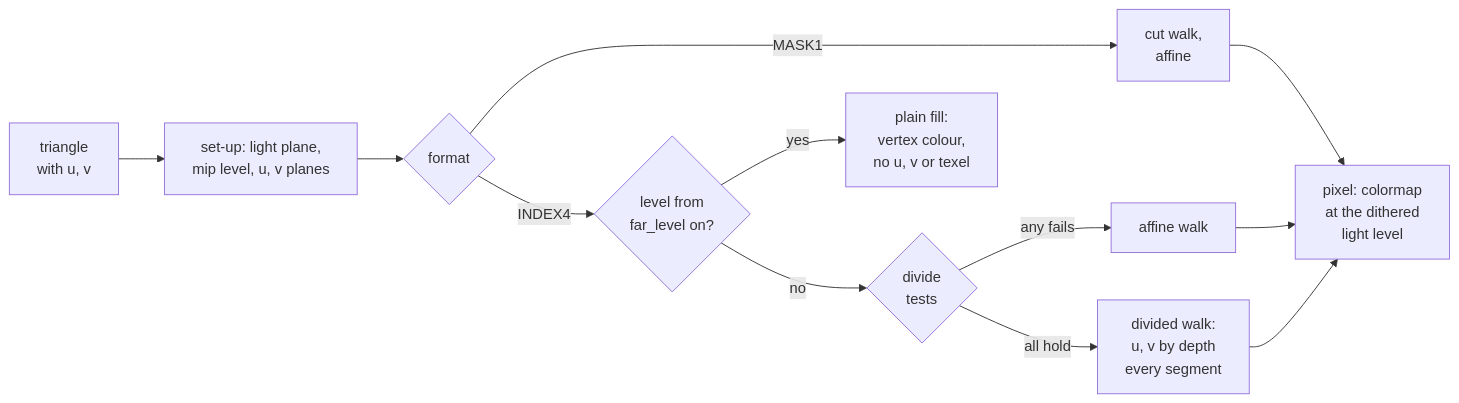
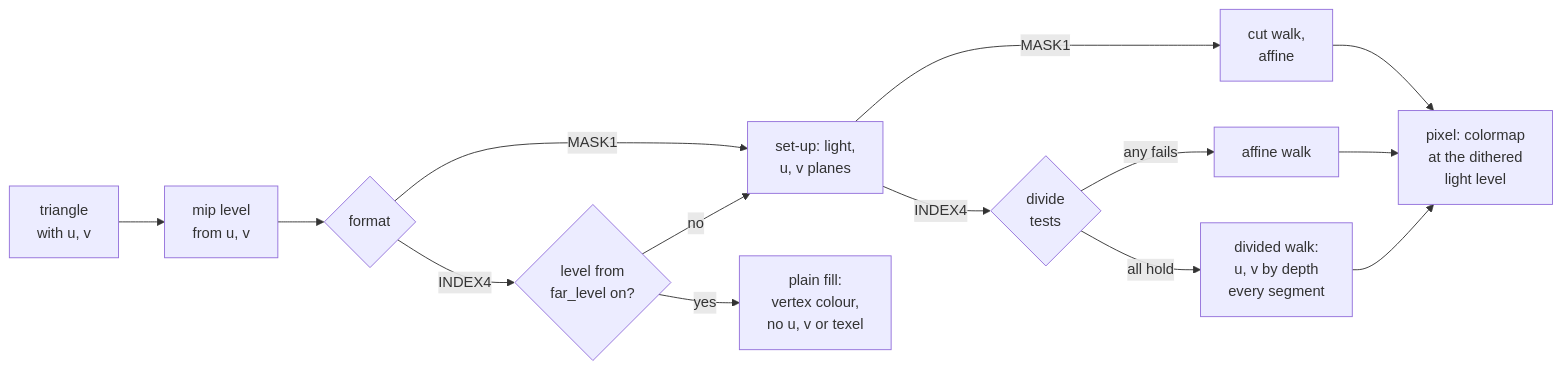
One commit to jose-villegas/autana changed the diagram in docs/render/frame/Texture-Mapping.md. Above: the diagram before and after it, drawn with Mermaid. The commit also changed 2 other files, not shown here.

Commit message:
r3d: far levels under skip_hidden tested capped; flowchart picks the mip first (we46 review round 2)

````diff
--- a/docs/render/frame/Texture-Mapping.md
+++ b/docs/render/frame/Texture-Mapping.md
@@ -11,14 +11,16 @@
 ```mermaid
 flowchart LR
-    Tri["triangle<br/>with u, v"] --> Setup["set-up: light plane,<br/>mip level, u, v planes"]
-    Setup --> Format{format}
-    Format -- MASK1 --> Cut["cut walk,<br/>affine"]
+    Tri["triangle<br/>with u, v"] --> Mip["mip level<br/>from u, v"]
+    Mip --> Format{format}
+    Format -- MASK1 --> Setup["set-up: light,<br/>u, v planes"]
+    Setup -- MASK1 --> Cut["cut walk,<br/>affine"]
     Format -- INDEX4 --> Far{"level from<br/>far_level on?"}
     Far -- yes --> Plain["plain fill:<br/>vertex colour,<br/>no u, v or texel"]
-    Far -- no --> Tests{"divide<br/>tests"}
+    Far -- no --> Setup
+    Setup -- INDEX4 --> Tests{"divide<br/>tests"}
     Tests -- "any fails" --> Affine["affine walk"]
     Tests -- "all hold" --> Divided["divided walk:<br/>u, v by depth<br/>every segment"]
     Cut --> Pixel["pixel: colormap<br/>at the dithered<br/>light level"]
     Affine --> Pixel
     Divided --> Pixel
 ```
````
